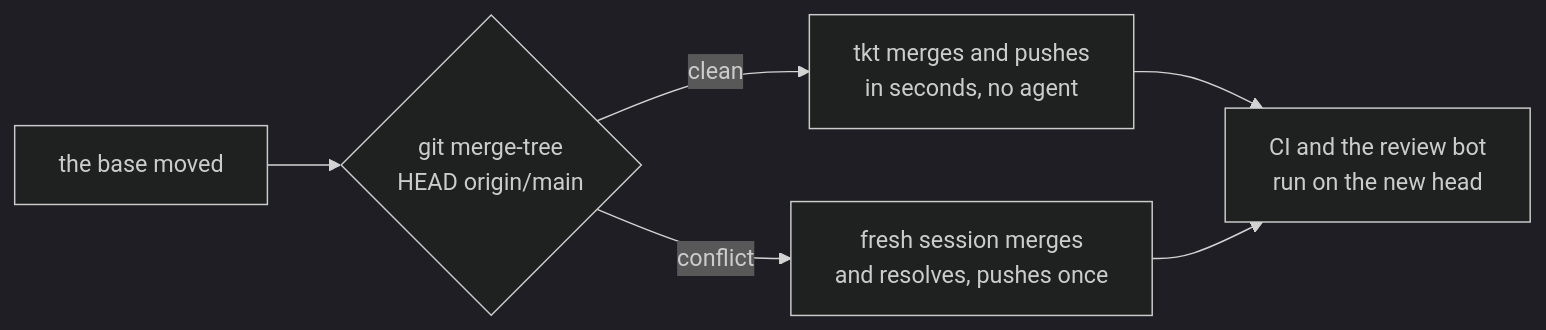
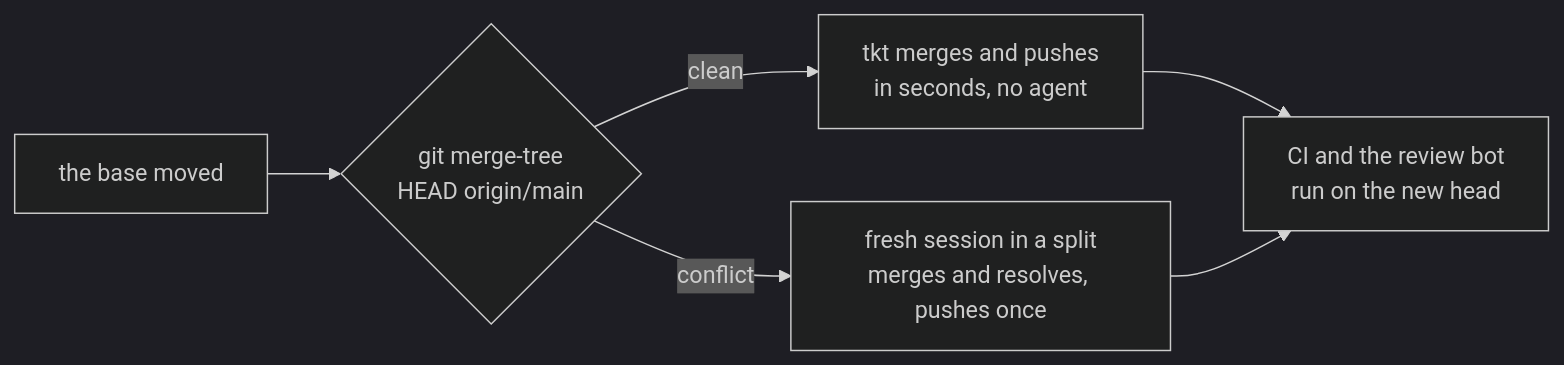
Before and after one commit to rogsme/tkt: the eighth of 9 diagrams in docs/lifecycle.md, drawn with Mermaid (dark theme). The commit also changed other lines of this file and 34 other files, not shown here.

````diff
--- a/docs/lifecycle.md
+++ b/docs/lifecycle.md
@@ -383,8 +383,8 @@
 ```mermaid
 flowchart LR
   moved["the base moved"] --> probe{"git merge-tree<br/>HEAD origin/main"}
   probe -->|clean| merge["tkt merges and pushes<br/>in seconds, no agent"]
-  probe -->|conflict| agent["fresh session merges<br/>and resolves, pushes once"]
+  probe -->|conflict| agent["fresh session in a split<br/>merges and resolves, pushes once"]
   merge --> next["CI and the review bot<br/>run on the new head"]
   agent --> next
 ```
````
